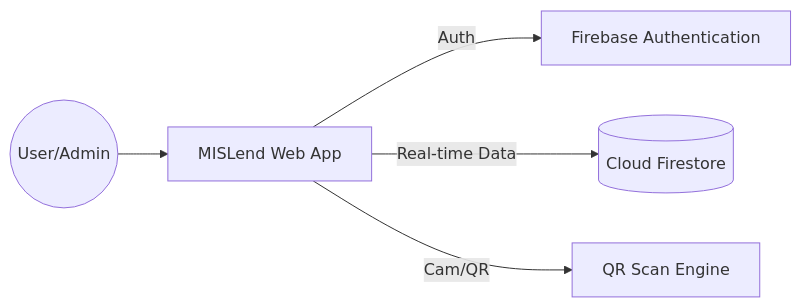
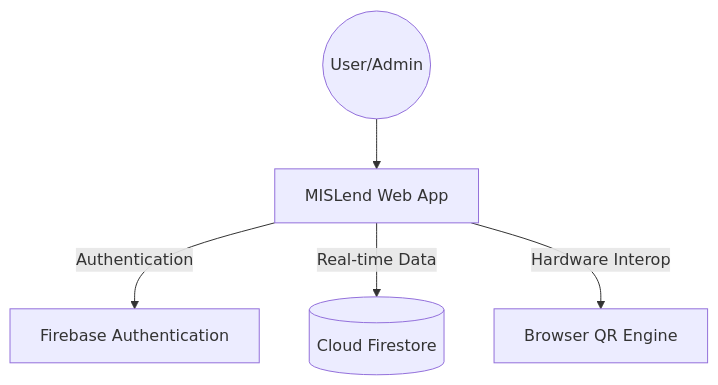
One commit to CutieJi/bscs1a changed the diagram in README.md. Above: the diagram before and after it, drawn with Mermaid. The commit also changed other lines of this file, not shown here.

````diff
--- a/README.md
+++ b/README.md
@@ -16,7 +18,7 @@
 ```mermaid
-graph LR
+graph TD
     User((User/Admin)) --> WebApp[MISLend Web App]
-    WebApp -->|Auth| FBAuth[Firebase Authentication]
+    WebApp -->|Authentication| FBAuth[Firebase Authentication]
     WebApp -->|Real-time Data| Firestore[(Cloud Firestore)]
-    WebApp -->|Cam/QR| QRScanner[QR Scan Engine]
+    WebApp -->|Hardware Interop| QRScanner[Browser QR Engine]
 ```
````
